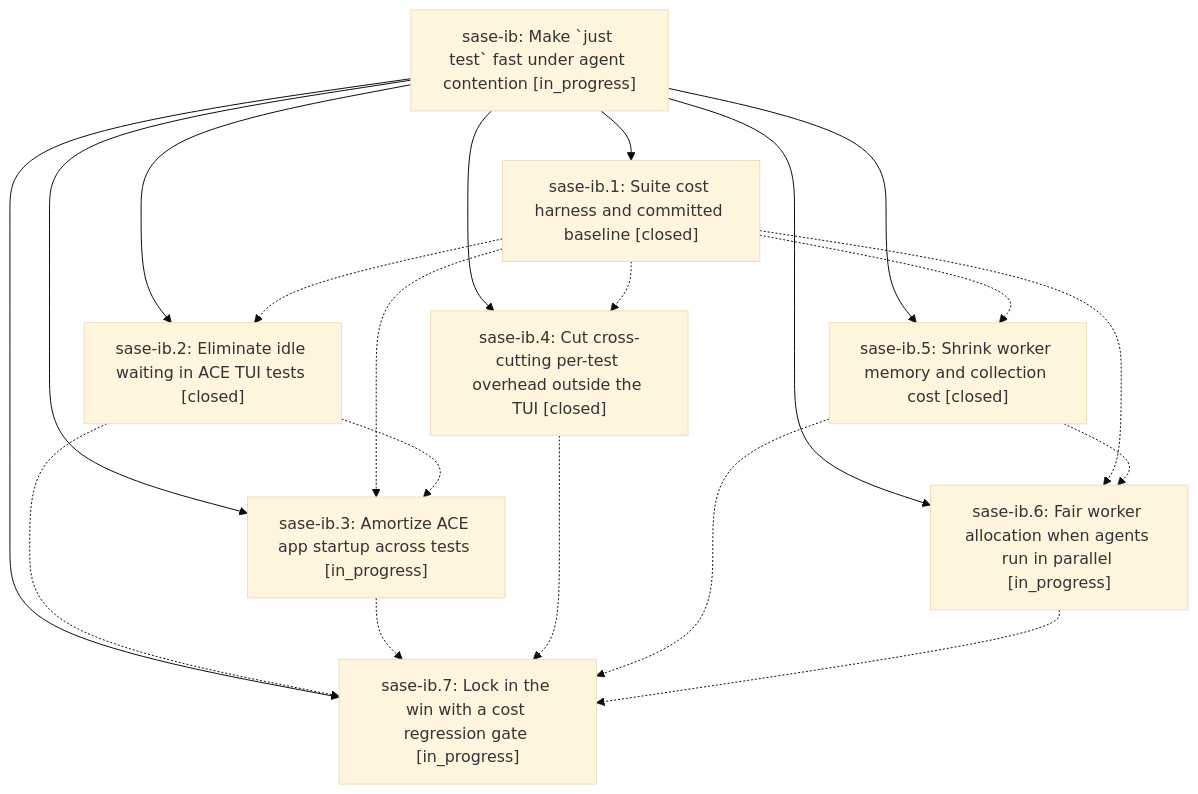
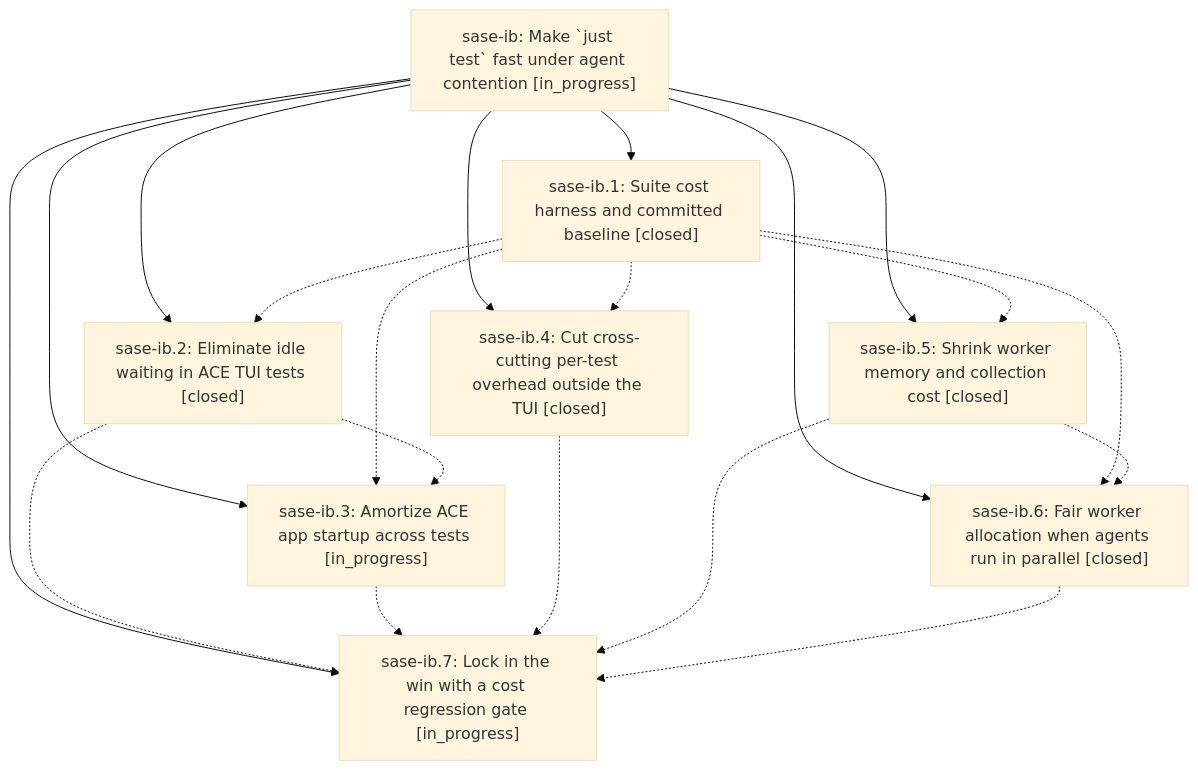
The diagram in pages/sase-ib/README.md (sase-org/sase--beads), drawn with Mermaid (base theme) before and after one commit. The commit also changed other lines of this file and 5 other files, not shown here.

````diff
--- a/pages/sase-ib/README.md
+++ b/pages/sase-ib/README.md
@@ -28,30 +28,30 @@
 ```mermaid
 flowchart TD
     n0["sase-ib: Make `just test` fast under agent contention [in_progress]"]
     n1["sase-ib.1: Suite cost harness and committed baseline [closed]"]
     n2["sase-ib.2: Eliminate idle waiting in ACE TUI tests [closed]"]
     n3["sase-ib.3: Amortize ACE app startup across tests [in_progress]"]
     n4["sase-ib.4: Cut cross-cutting per-test overhead outside the TUI [closed]"]
     n5["sase-ib.5: Shrink worker memory and collection cost [closed]"]
-    n6["sase-ib.6: Fair worker allocation when agents run in parallel [in_progress]"]
+    n6["sase-ib.6: Fair worker allocation when agents run in parallel [closed]"]
     n7["sase-ib.7: Lock in the win with a cost regression gate [in_progress]"]
     n0 --> n1
     n0 --> n2
     n0 --> n3
     n0 --> n4
     n0 --> n5
     n0 --> n6
     n0 --> n7
     n1 -.-> n2
     n1 -.-> n3
     n1 -.-> n4
     n1 -.-> n5
     n1 -.-> n6
     n2 -.-> n3
     n2 -.-> n7
     n3 -.-> n7
     n4 -.-> n7
     n5 -.-> n6
     n5 -.-> n7
     n6 -.-> n7
 ```
````
